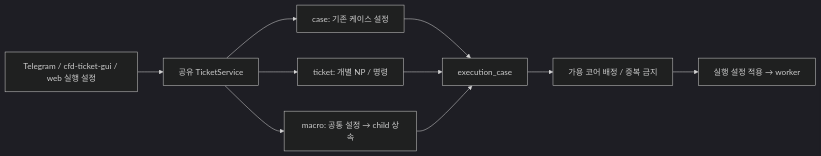
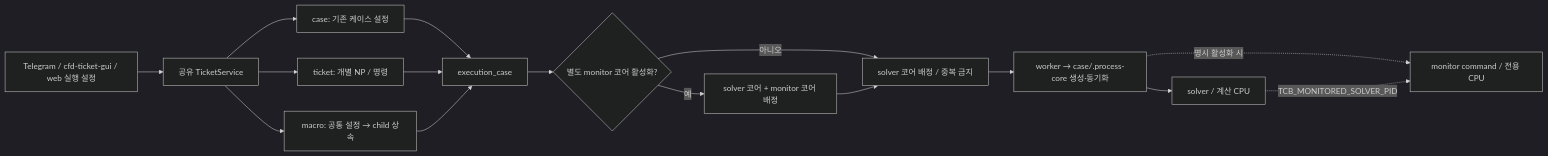
The first of 4 diagrams in docs/HLD.md (jo0n-lab/cfd-bot), drawn with Mermaid (dark theme) before and after one commit. The commit also changed other lines of this file and 42 other files, not shown here.

````diff
--- a/docs/HLD.md
+++ b/docs/HLD.md
@@ -60,12 +66,18 @@
 ```mermaid
 flowchart LR
     UI[Telegram / cfd-ticket-gui / web 실행 설정] --> SERVICE[공유 TicketService]
     SERVICE --> CASE[case: 기존 케이스 설정]
     SERVICE --> TICKET[ticket: 개별 NP / 명령]
     SERVICE --> MACRO[macro: 공통 설정 → child 상속]
     CASE --> EXEC[execution_case]
     TICKET --> EXEC
     MACRO --> EXEC
-    EXEC --> CPU[가용 코어 배정 / 중복 금지]
-    CPU --> WORKER[실행 설정 적용 → worker]
+    EXEC --> OPT{별도 monitor 코어 활성화?}
+    OPT -- 아니오 --> CPU[solver 코어 배정 / 중복 금지]
+    OPT -- 예 --> CPUX[solver 코어 + monitor 코어 배정]
+    CPUX --> CPU
+    CPU --> WORKER[worker → case/.process-core 생성·동기화]
+    WORKER --> SOLVER[solver / 계산 CPU]
+    WORKER -. 명시 활성화 시 .-> MONITOR[monitor command / 전용 CPU]
+    SOLVER -. TCB_MONITORED_SOLVER_PID .-> MONITOR
 ```
````
